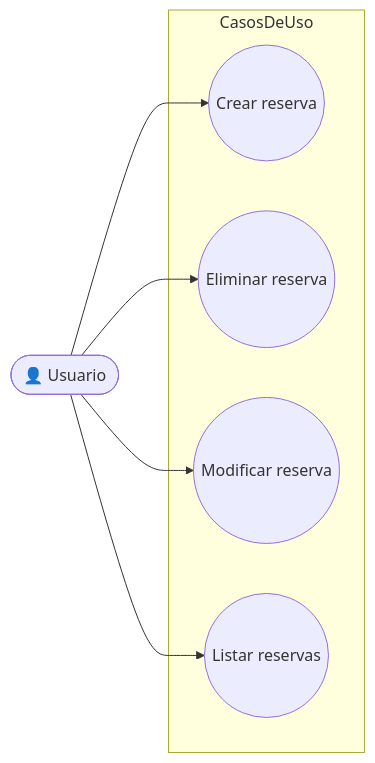
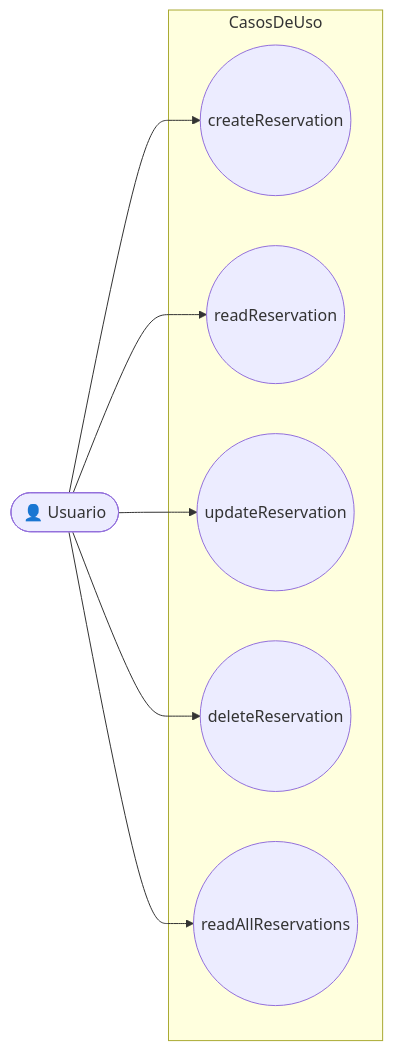
One commit to alex-boni/QuickStop changed the diagram in docs/Casos de Uso/Reserva-CU.md. Above: the diagram before and after it, drawn with Mermaid.

Commit message:
Rename use cases in Reserva-CU.md

````diff
--- a/docs/Casos de Uso/Reserva-CU.md
+++ b/docs/Casos de Uso/Reserva-CU.md
@@ -1,18 +1,20 @@
 ```mermaid
 flowchart LR
   actorUser([👤 Usuario])
 
   subgraph CasosDeUso
-    U1((Crear reserva))
-    U2((Eliminar reserva))
-    U3((Modificar reserva))
-    U4((Listar reservas))
+    U1((createReservation))
+    U2((readReservation))
+    U3((updateReservation))
+    U4((deleteReservation))
+    U5((readAllReservations))
 
   end
 
   actorUser --> U1
   actorUser --> U2
   actorUser --> U3
   actorUser --> U4
+  actorUser --> U5
 
 ```
````
